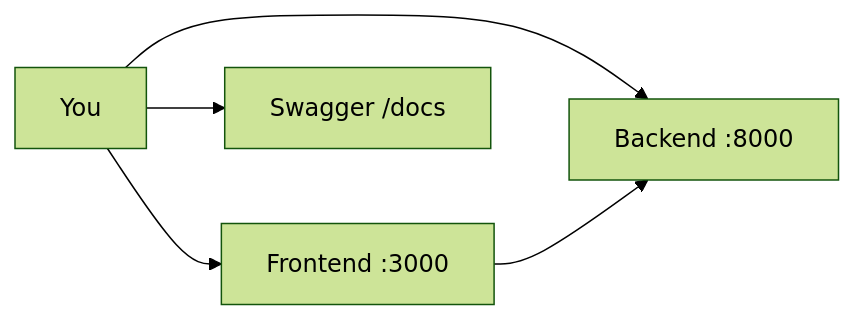
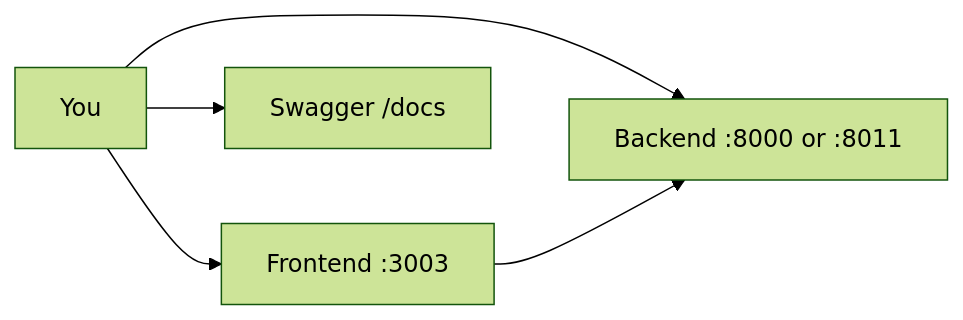
The second of 2 diagrams in wiki-content/Getting-Started.md (massoudsh/Findash), drawn with Mermaid (forest theme) before and after one commit. The commit also changed other lines of this file and 13 other files, not shown here.

````diff
--- a/wiki-content/Getting-Started.md
+++ b/wiki-content/Getting-Started.md
@@ -125,7 +125,7 @@
 ```mermaid
 flowchart LR
-    YOU[You] --> FE[Frontend :3000]
-    YOU --> API[Backend :8000]
+    YOU[You] --> FE[Frontend :3003]
+    YOU --> API[Backend :8000 or :8011]
     YOU --> DOCS[Swagger /docs]
     FE --> API
 ```
````
